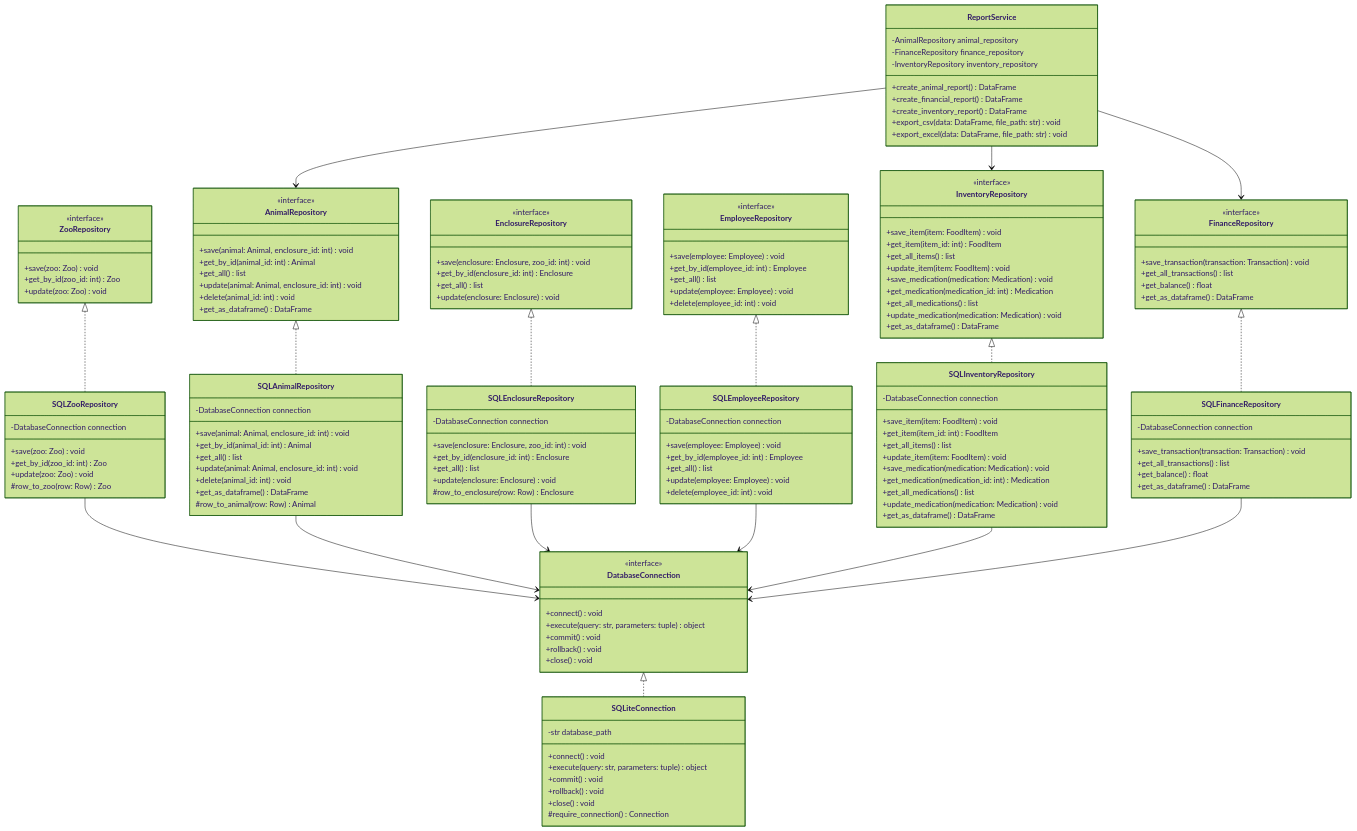
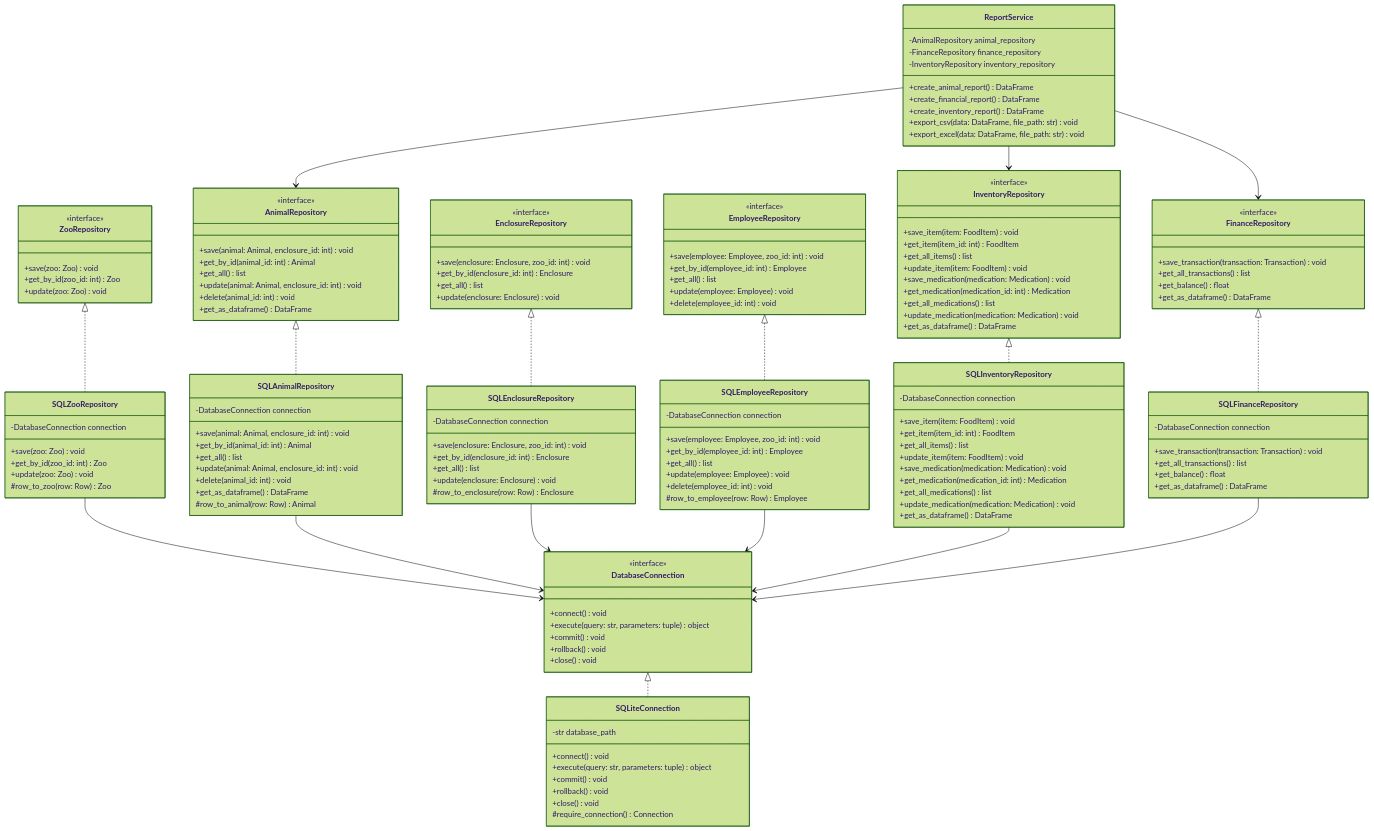
One commit to Darnell-Beganovic/zms-BBS changed the diagram in zoo_simulation/docs/planning_db_kaiss.md. Above: the diagram before and after it, drawn with Mermaid (forest theme). The commit also changed other lines of this file and 1 other file, not shown here.

Commit message:
docs(planning): add zoo_id param and row_to_employee to EmployeeRepository
Same reasoning as the Animal/enclosure_id and Enclosure/zoo_id fixes:
Employee carries no zoo_id attribute in the class diagram, so save() takes
it as a separate parameter. Also documents the
SQLEmployeeRepository#row_to_employee helper.

```diff
--- a/zoo_simulation/docs/planning_db_kaiss.md
+++ b/zoo_simulation/docs/planning_db_kaiss.md
@@ -86,7 +86,7 @@
 
     class EmployeeRepository {
         <<interface>>
-        +save(employee: Employee) void
+        +save(employee: Employee, zoo_id: int) void
         +get_by_id(employee_id: int) Employee
         +get_all() list
         +update(employee: Employee) void
@@ -144,11 +144,12 @@
 
     class SQLEmployeeRepository {
         -DatabaseConnection connection
-        +save(employee: Employee) void
+        +save(employee: Employee, zoo_id: int) void
         +get_by_id(employee_id: int) Employee
         +get_all() list
         +update(employee: Employee) void
         +delete(employee_id: int) void
+        #row_to_employee(row: Row) Employee
     }
 
     class SQLInventoryRepository {
```
